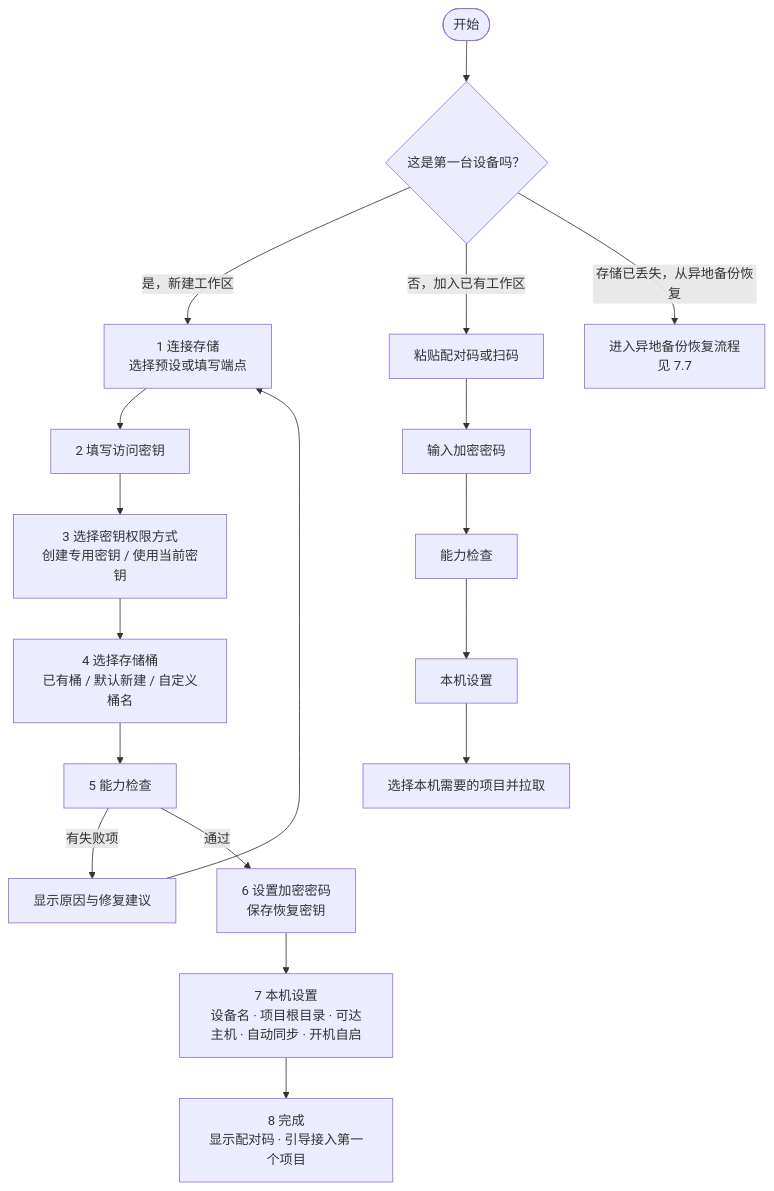
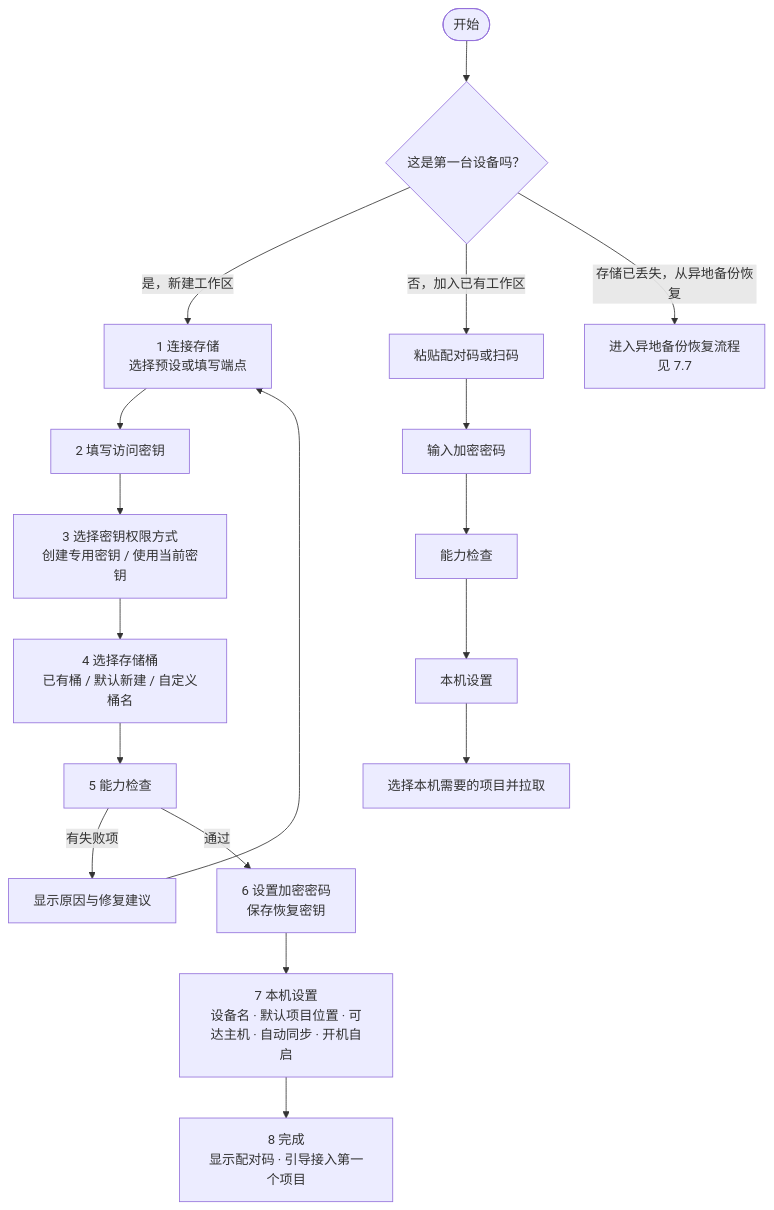
The first of 3 diagrams in docs/prd.md (kverona-ai/workroam), drawn with Mermaid before and after one commit. The commit also changed other lines of this file and 2 other files, not shown here.

````diff
--- a/docs/prd.md
+++ b/docs/prd.md
@@ -141,19 +141,19 @@
 ```mermaid
 flowchart TD
     A([开始]) --> B{这是第一台设备吗？}
     B -- 是，新建工作区 --> C[1 连接存储<br/>选择预设或填写端点]
     B -- 否，加入已有工作区 --> J1[粘贴配对码或扫码]
     B -- 存储已丢失，从异地备份恢复 --> R1[进入异地备份恢复流程<br/>见 7.7]
     C --> D[2 填写访问密钥]
     D --> E[3 选择密钥权限方式<br/>创建专用密钥 / 使用当前密钥]
     E --> F[4 选择存储桶<br/>已有桶 / 默认新建 / 自定义桶名]
     F --> G[5 能力检查]
     G -- 有失败项 --> G1[显示原因与修复建议] --> C
     G -- 通过 --> H[6 设置加密密码<br/>保存恢复密钥]
-    H --> I[7 本机设置<br/>设备名 · 项目根目录 · 可达主机 · 自动同步 · 开机自启]
+    H --> I[7 本机设置<br/>设备名 · 默认项目位置 · 可达主机 · 自动同步 · 开机自启]
     I --> K[8 完成<br/>显示配对码 · 引导接入第一个项目]
     J1 --> J2[输入加密密码]
     J2 --> G2[能力检查]
     G2 --> I2[本机设置]
     I2 --> J3[选择本机需要的项目并拉取]
 ```
````
